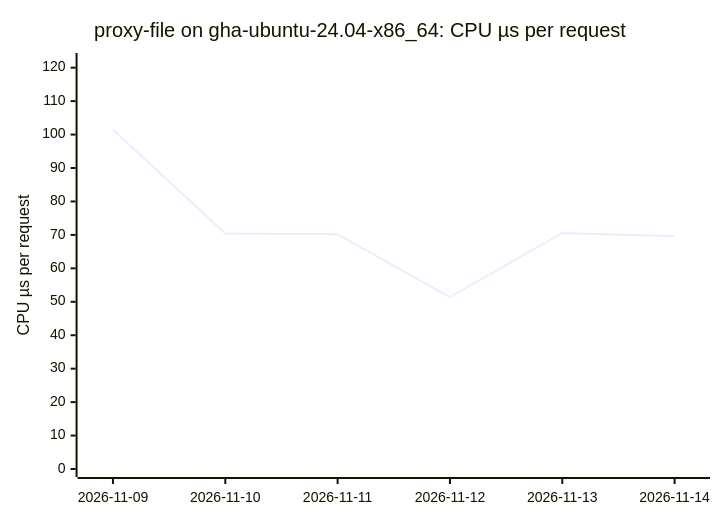
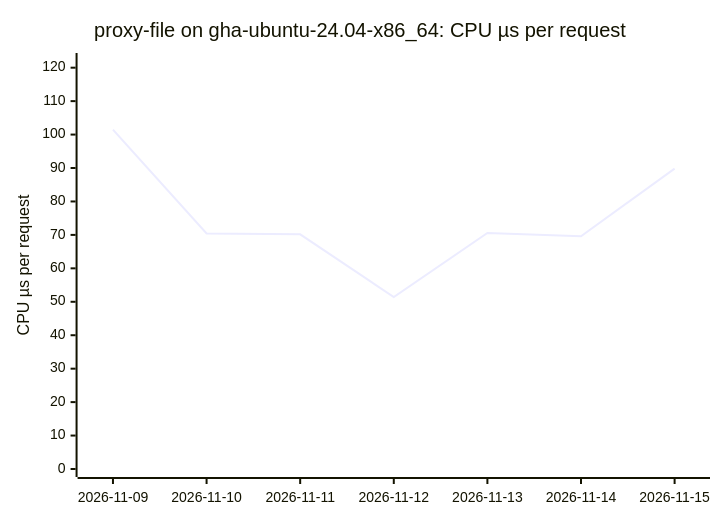
One commit to ThePixelPilgrim/durchlauferhitzer changed the seventh of 18 diagrams in BENCHMARKS.md. Above: the diagram before and after it, drawn with Mermaid. The commit also changed other lines of this file and 1 other file, not shown here.

````diff
--- a/BENCHMARKS.md
+++ b/BENCHMARKS.md
@@ -86,7 +86,7 @@
 ```mermaid
 xychart-beta
   title "proxy-file on gha-ubuntu-24.04-x86_64: CPU µs per request"
-  x-axis ["2026-11-09", "2026-11-10", "2026-11-11", "2026-11-12", "2026-11-13", "2026-11-14"]
+  x-axis ["2026-11-09", "2026-11-10", "2026-11-11", "2026-11-12", "2026-11-13", "2026-11-14", "2026-11-15"]
   y-axis "CPU µs per request" 0 --> 122
-  line [101.47, 70.43, 70.16, 51.41, 70.59, 69.57]
+  line [101.47, 70.43, 70.16, 51.41, 70.59, 69.57, 89.81]
 ```
````
